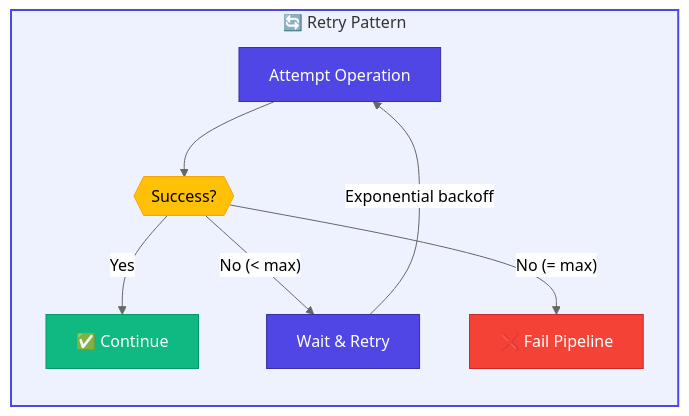
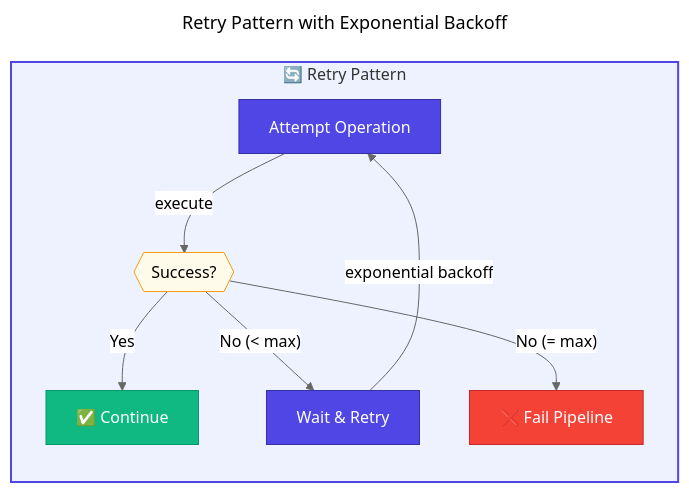
Before and after one commit to Evilazaro/Azure-LogicApps-Monitoring: the second of 2 diagrams in docs/devops/azure-dev.md, drawn with Mermaid (neutral theme). The commit also changed 1 other file, not shown here.

Commit message:
fix: Enhance retry logic visualization with exponential backoff in Azure deployment documentation

````diff
--- a/docs/devops/azure-dev.md
+++ b/docs/devops/azure-dev.md
@@ -350,28 +350,40 @@
 ```mermaid
+---
+title: Retry Pattern with Exponential Backoff
+---
 flowchart LR
+    %% ===== RETRY PATTERN =====
     subgraph RetryLogic["🔄 Retry Pattern"]
         attempt["Attempt Operation"]
         check{{"Success?"}}
         retry["Wait & Retry"]
         fail["❌ Fail Pipeline"]
         success["✅ Continue"]
     end
 
-    attempt --> check
+    %% ===== FLOW CONNECTIONS =====
+    attempt -->|"execute"| check
     check -->|"Yes"| success
     check -->|"No (< max)"| retry
-    retry -->|"Exponential backoff"| attempt
+    retry -->|"exponential backoff"| attempt
     check -->|"No (= max)"| fail
 
+    %% ===== STYLING DEFINITIONS =====
+    %% Primary components: Indigo - main processes
     classDef primary fill:#4F46E5,stroke:#3730A3,color:#FFFFFF
+    %% Secondary components: Emerald - success states
     classDef secondary fill:#10B981,stroke:#059669,color:#FFFFFF
+    %% Error/failure states: Red - error handling
     classDef failed fill:#F44336,stroke:#C62828,color:#FFFFFF
-    classDef decision fill:#FFC107,stroke:#FFA000,color:#000000
+    %% Decision points: Amber outline - conditional logic
+    classDef decision fill:#FFFBEB,stroke:#F59E0B,color:#000000
 
+    %% ===== NODE STYLING =====
     class attempt,retry primary
     class success secondary
     class fail failed
     class check decision
 
+    %% ===== SUBGRAPH STYLING =====
     style RetryLogic fill:#EEF2FF,stroke:#4F46E5,stroke-width:2px
 ```
````
